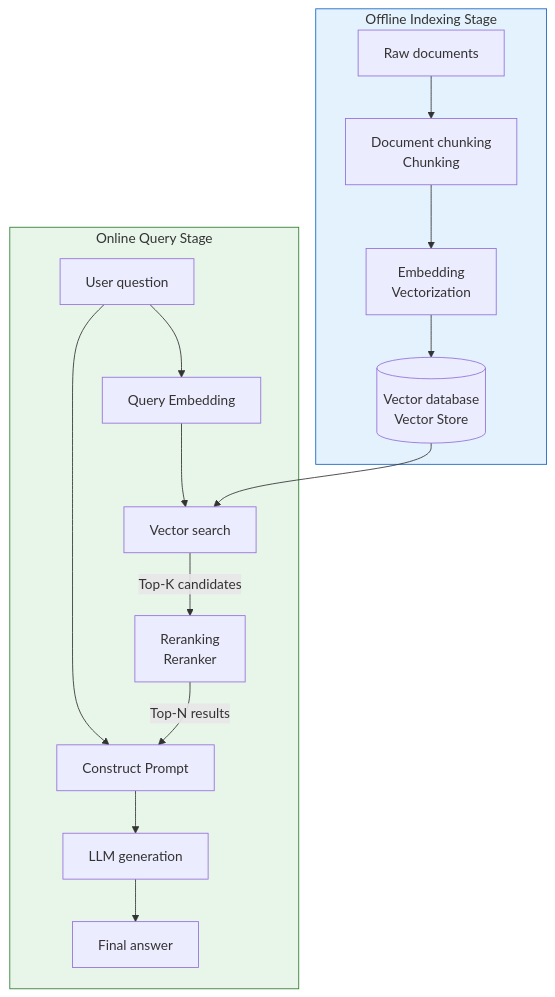
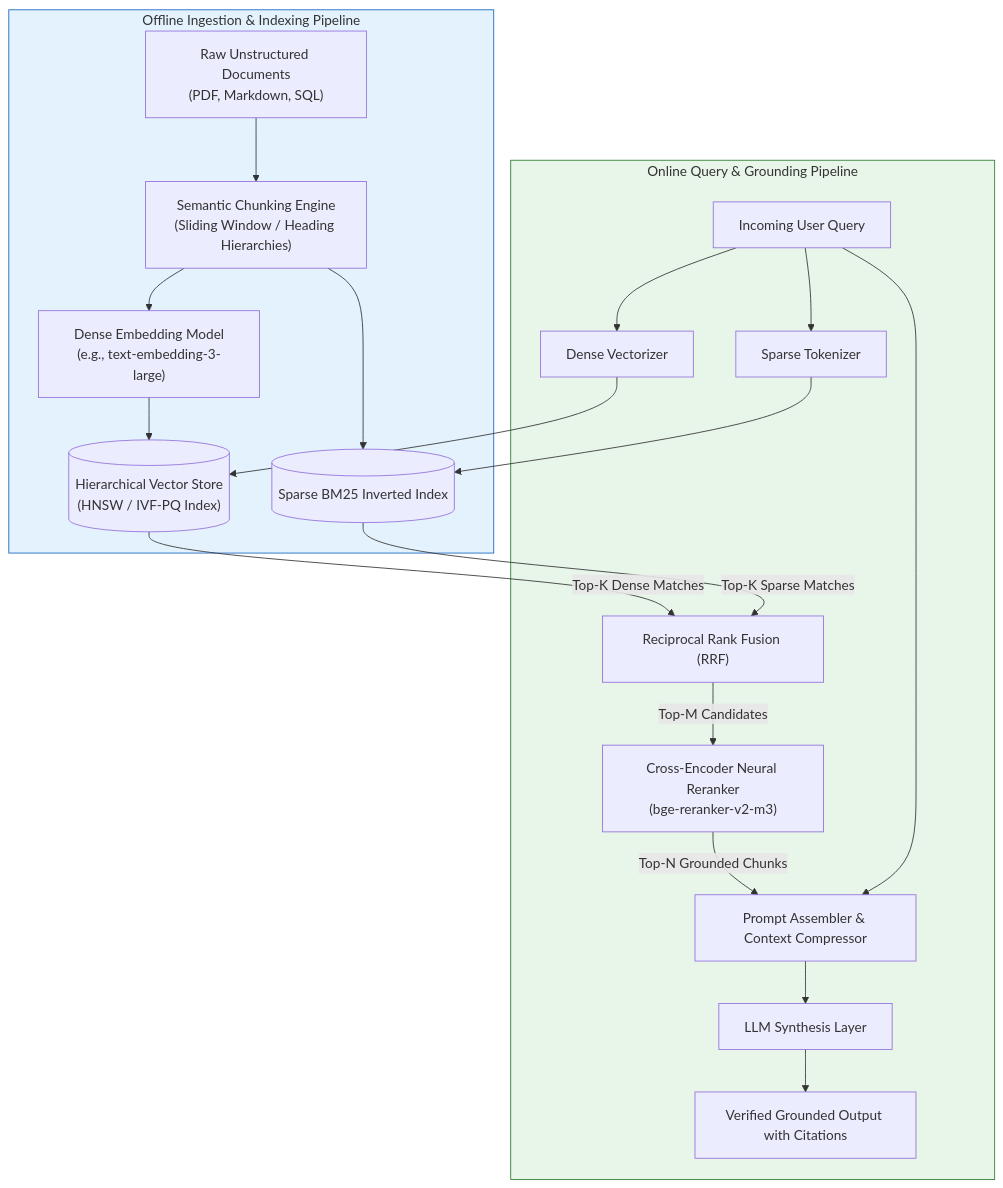
The second of 8 diagrams in en/chapters/10-knowledge.md (yingwang/thinking-in-llm), drawn with Mermaid before and after one commit. The commit also changed other lines of this file and 31 other files, not shown here.

````diff
--- a/en/chapters/10-knowledge.md
+++ b/en/chapters/10-knowledge.md
@@ -110,22 +66,29 @@
 ```mermaid
 flowchart TB
-    subgraph OfflineIndex["Offline Indexing Stage"]
-        D[Raw documents] --> S[Document chunking<br/>Chunking]
-        S --> E[Embedding<br/>Vectorization]
-        E --> I[(Vector database<br/>Vector Store)]
+    subgraph Ingestion["Offline Ingestion & Indexing Pipeline"]
+        RawDocs["Raw Unstructured Documents<br/>(PDF, Markdown, SQL)"] --> Chunking["Semantic Chunking Engine<br/>(Sliding Window / Heading Hierarchies)"]
+        Chunking --> EmbedModel["Dense Embedding Model<br/>(e.g., text-embedding-3-large)"]
+        EmbedModel --> VectorStore[("Hierarchical Vector Store<br/>(HNSW / IVF-PQ Index)")]
+        Chunking --> SparseIndex[("Sparse BM25 Inverted Index")]
     end
 
-    subgraph OnlineQuery["Online Query Stage"]
-        Q[User question] --> QE[Query Embedding]
-        QE --> VS[Vector search]
-        I --> VS
-        VS --> |Top-K candidates| RR[Reranking<br/>Reranker]
-        RR --> |Top-N results| P[Construct Prompt]
-        Q --> P
-        P --> LLM[LLM generation]
-        LLM --> A[Final answer]
+    subgraph Serving["Online Query & Grounding Pipeline"]
+        Query["Incoming User Query"] --> DenseQuery["Dense Vectorizer"]
+        Query --> SparseQuery["Sparse Tokenizer"]
+        
+        DenseQuery --> VectorStore
+        SparseQuery --> SparseIndex
+        
+        VectorStore -->|"Top-K Dense Matches"| HybridFusion["Reciprocal Rank Fusion (RRF)"]
+        SparseIndex -->|"Top-K Sparse Matches"| HybridFusion
+        
+        HybridFusion -->|"Top-M Candidates"| NeuralRerank["Cross-Encoder Neural Reranker<br/>(bge-reranker-v2-m3)"]
+        NeuralRerank -->|"Top-N Grounded Chunks"| PromptAssemble["Prompt Assembler & Context Compressor"]
+        Query --> PromptAssemble
+        PromptAssemble --> GeneratorLLM["LLM Synthesis Layer"]
+        GeneratorLLM --> FinalAnswer["Verified Grounded Output with Citations"]
     end
 
-    style OfflineIndex fill:#e3f2fd,stroke:#1565c0
-    style OnlineQuery fill:#e8f5e9,stroke:#2e7d32
+    style Ingestion fill:#e3f2fd,stroke:#1565c0
+    style Serving fill:#e8f5e9,stroke:#2e7d32
 ```
````
